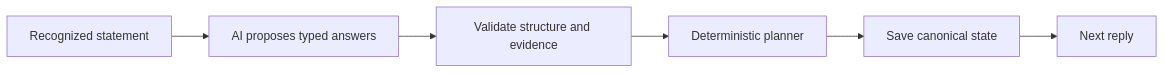
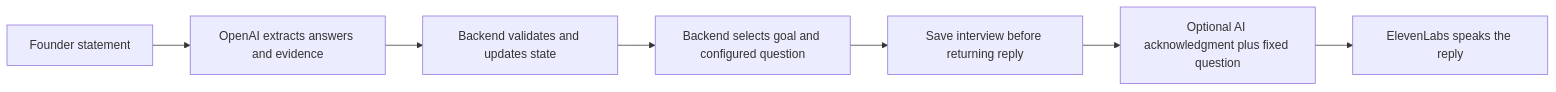
One commit to rgraefe/voice_agent changed the third of 11 diagrams in docs/learning/DEMO_STORYLINE_SLIDES.md. Above: the diagram before and after it, drawn with Mermaid. The commit also changed other lines of this file and 31 other files, not shown here.

````diff
--- a/docs/learning/DEMO_STORYLINE_SLIDES.md
+++ b/docs/learning/DEMO_STORYLINE_SLIDES.md
@@ -95,8 +95,9 @@
 ```mermaid
 flowchart LR
-    U[Recognized statement] --> L[AI proposes typed answers]
-    L --> V[Validate structure and evidence]
-    V --> P[Deterministic planner]
-    P --> S[Save canonical state]
-    S --> R[Next reply]
+    U[Founder statement] --> L[OpenAI extracts answers and evidence]
+    L --> V[Backend validates and updates state]
+    V --> P[Backend selects goal and configured question]
+    P --> S[Save interview before returning reply]
+    S --> R[Optional AI acknowledgment plus fixed question]
+    R --> T[ElevenLabs speaks the reply]
 ```
````
